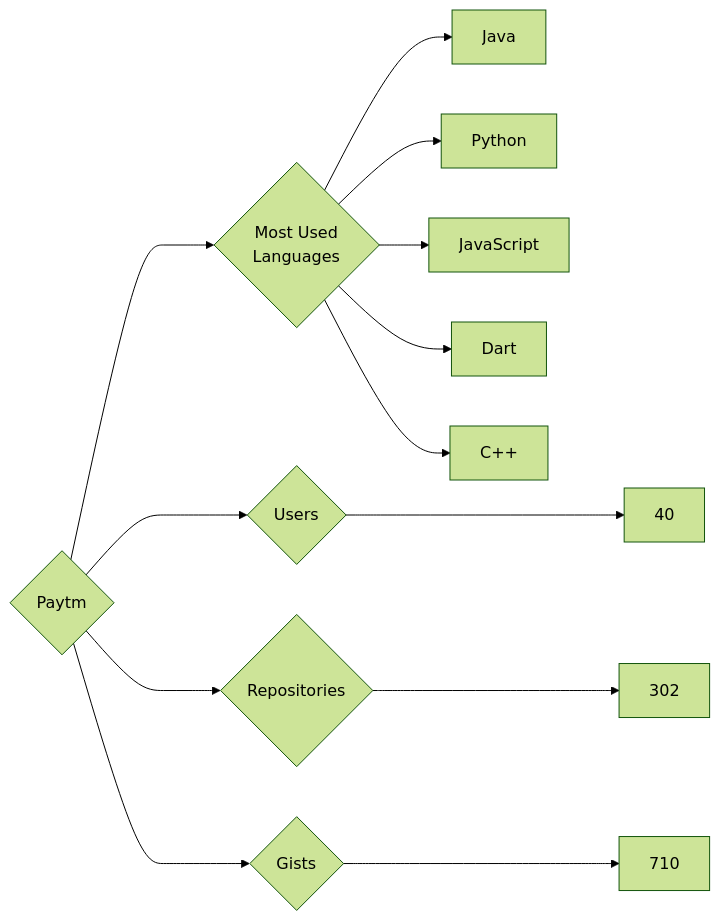
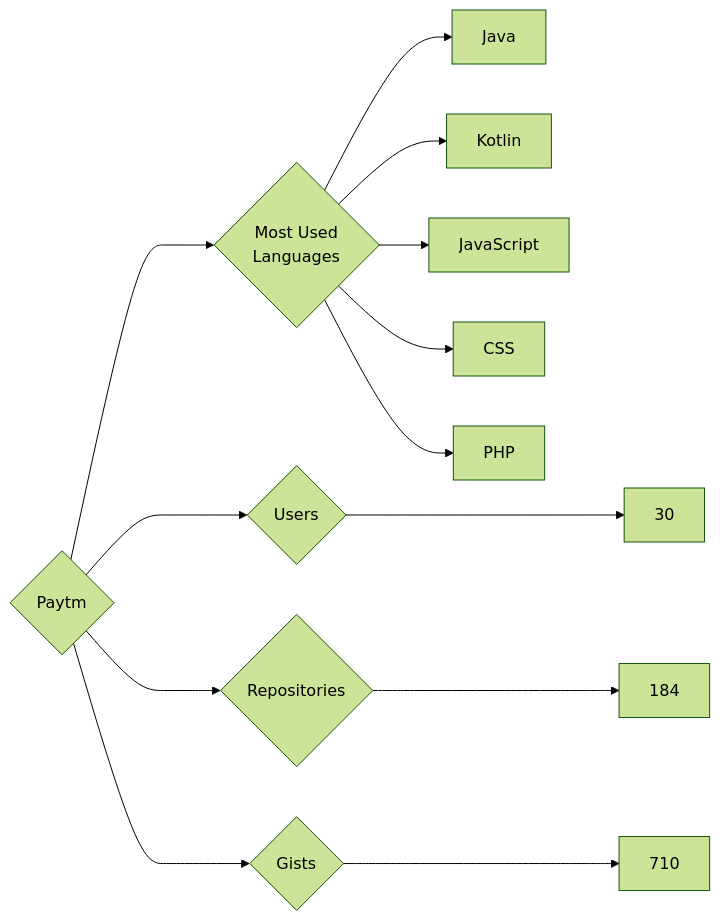
Before and after one commit to trickest/insiders: the diagram in targets/Paytm/README.md, drawn with Mermaid (forest theme). The commit also changed 715 other files, not shown here.

````diff
--- a/targets/Paytm/README.md
+++ b/targets/Paytm/README.md
@@ -3,13 +3,13 @@
 ```mermaid
 graph LR
 COMPANY_NAME{Paytm}
-COMPANY_NAME ---> U{Users} ---> UN[40]
-COMPANY_NAME ---> R{Repositories} ---> RN[302]
+COMPANY_NAME ---> U{Users} ---> UN[30]
+COMPANY_NAME ---> R{Repositories} ---> RN[184]
 COMPANY_NAME ---> G{Gists} ---> GN[710]
 COMPANY_NAME ---> ML{Most Used<br>Languages}
 ML --> Java[Java]
-ML --> Python[Python]
+ML --> Kotlin[Kotlin]
 ML --> JavaScript[JavaScript]
-ML --> Dart[Dart]
-ML --> C++[C++]
+ML --> CSS[CSS]
+ML --> PHP[PHP]
 ```
````
